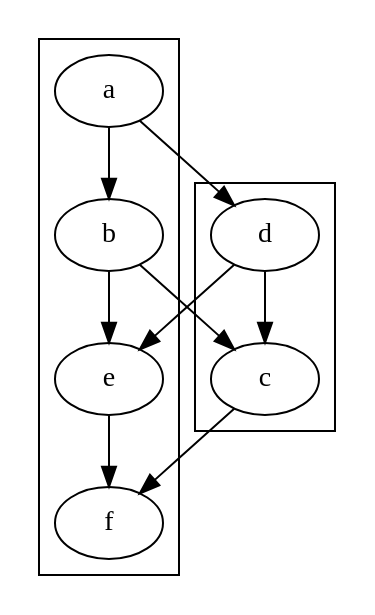
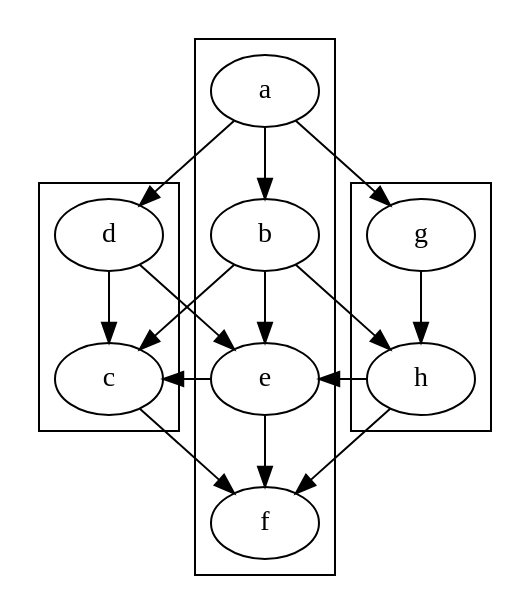
Before and after one commit to jamisonjiang/graph-support-dot-demo: the diagram in src/main/resources/eg/cluster_alloc_bug.dot, drawn with Graphviz. The commit also changed 3 other files, not shown here.

```diff
--- a/src/main/resources/eg/cluster_alloc_bug.dot
+++ b/src/main/resources/eg/cluster_alloc_bug.dot
@@ -1,16 +1,23 @@
 digraph G {
 
 subgraph cluster_1 {
 a;b;e;f
 }
 
 subgraph cluster_2 {
 d;c
 }
 
+subgraph cluster_3 {
+g;h
+}
+
 a->b->c->f
 a->d->e->f
+a->g->h->f
 b->e
 d->c
-
+e->c
+h->e
+b->h
 }
```
